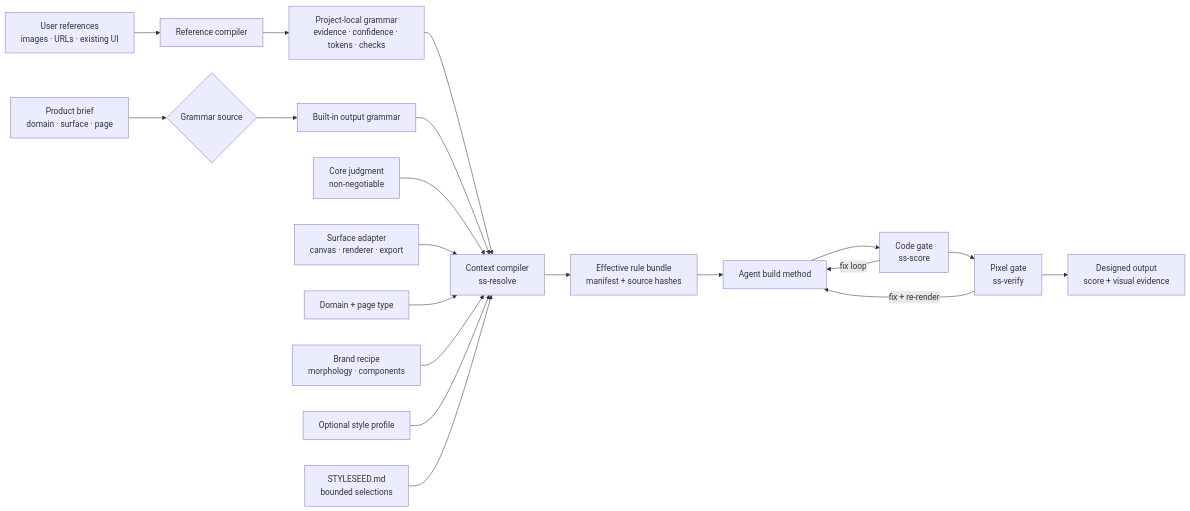
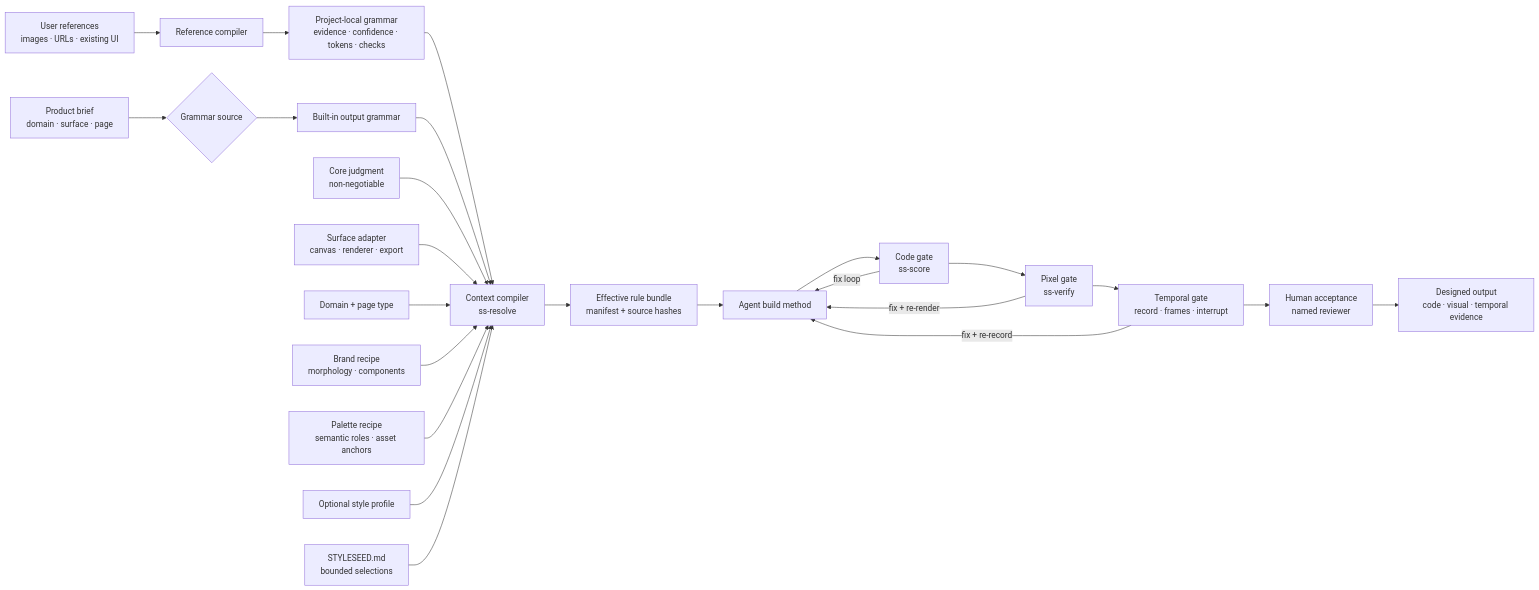
The diagram in engine/ARCHITECTURE.md (bitjaru/styleseed), drawn with Mermaid before and after one commit. The commit also changed other lines of this file and 51 other files, not shown here.

Commit message:
feat: add StyleSeed Studio and semantic palette engine

````diff
--- a/engine/ARCHITECTURE.md
+++ b/engine/ARCHITECTURE.md
@@ -11,22 +11,26 @@
 ```mermaid
 flowchart LR
   A[Product brief<br/>domain · surface · page] --> B{Grammar source}
   R[User references<br/>images · URLs · existing UI] --> C[Reference compiler]
   C --> D[Project-local grammar<br/>evidence · confidence · tokens · checks]
   B --> E[Built-in output grammar]
   D --> F[Context compiler<br/>ss-resolve]
   E --> F
   P[Core judgment<br/>non-negotiable] --> F
   S[Surface adapter<br/>canvas · renderer · export] --> F
   X[Domain + page type] --> F
   Z[Brand recipe<br/>morphology · components] --> F
+  Q[Palette recipe<br/>semantic roles · asset anchors] --> F
   Y[Optional style profile] --> F
   L[STYLESEED.md<br/>bounded selections] --> F
   F --> K[Effective rule bundle<br/>manifest + source hashes]
   K --> G[Agent build method]
   G --> H[Code gate<br/>ss-score]
   H -->|fix loop| G
   H --> I[Pixel gate<br/>ss-verify]
   I -->|fix + re-render| G
-  I --> J[Designed output<br/>score + visual evidence]
+  I --> T[Temporal gate<br/>record · frames · interrupt]
+  T -->|fix + re-record| G
+  T --> U[Human acceptance<br/>named reviewer]
+  U --> J[Designed output<br/>code · visual · temporal evidence]
 ```
````
